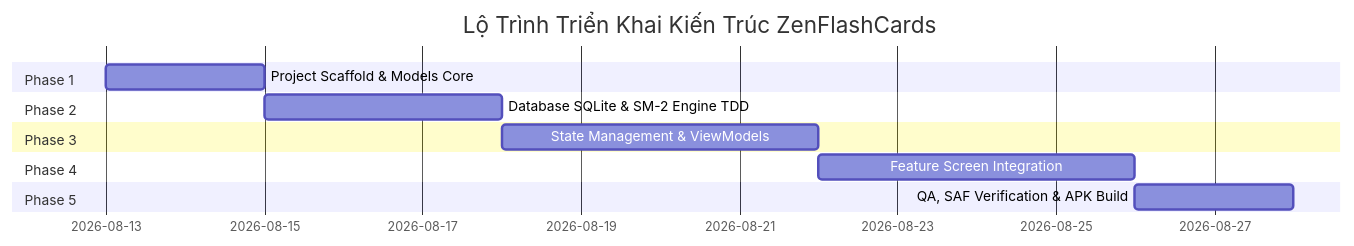
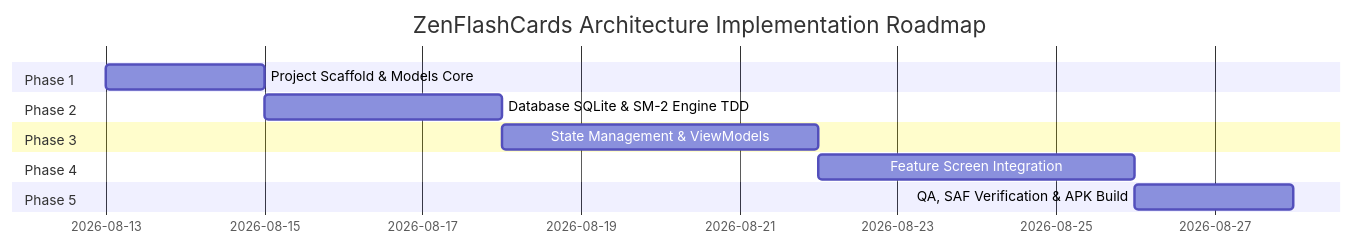
The second of 2 diagrams in Plan_arch/Phase_plan.md (githubuser2777/ZenFlashCard), drawn with Mermaid before and after one commit. The commit also changed other lines of this file and 2 other files, not shown here.

Commit message:
docs: translate remaining architecture and design documentation to English

````diff
--- a/Plan_arch/Phase_plan.md
+++ b/Plan_arch/Phase_plan.md
@@ -27,15 +27,15 @@
 ```mermaid
 gantt
-    title Lộ Trình Triển Khai Kiến Trúc ZenFlashCards
+    title ZenFlashCards Architecture Implementation Roadmap
     dateFormat  YYYY-MM-DD
     section Phase 1
     Project Scaffold & Models Core     :p1, 2026-08-13, 2d
     section Phase 2
     Database SQLite & SM-2 Engine TDD  :p2, after p1, 3d
     section Phase 3
     State Management & ViewModels      :p3, after p2, 4d
     section Phase 4
     Feature Screen Integration         :p4, after p3, 4d
     section Phase 5
     QA, SAF Verification & APK Build   :p5, after p4, 2d
 ```
````
